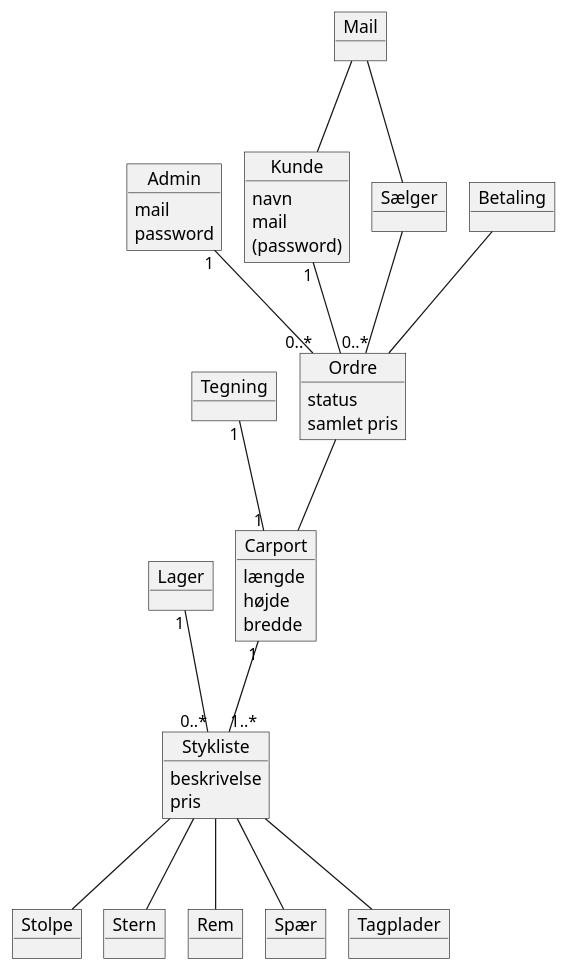
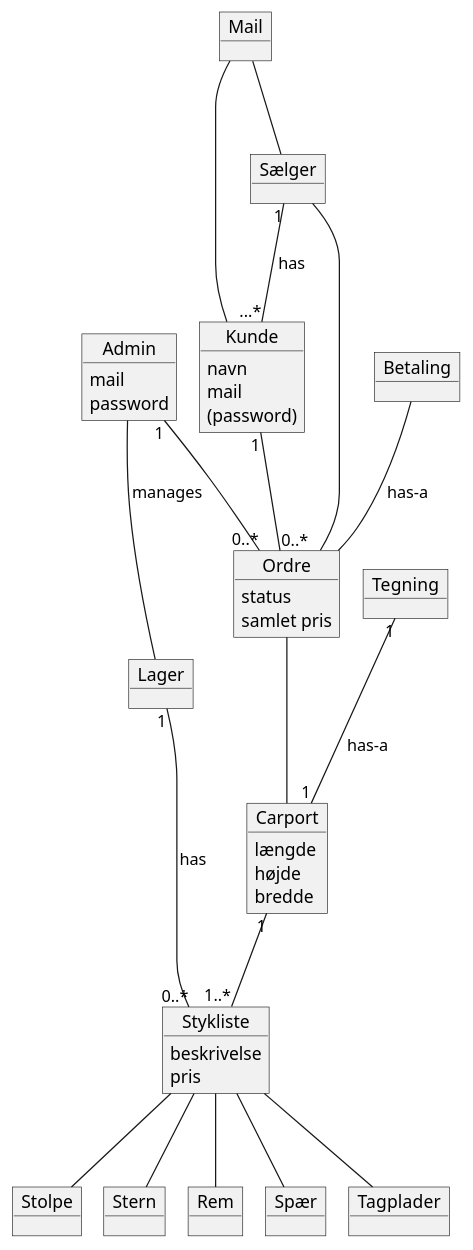
One commit to KristinaBengtsson/Carport-teamb changed the diagram in docs/domainmodel.puml. Above: the diagram before and after it, drawn with PlantUML.

Commit message:
domænemodelv1 update

```diff
--- a/docs/domainmodel.puml
+++ b/docs/domainmodel.puml
@@ -1,54 +1,56 @@
 @startuml
 !pragma layout smetana
 
 object Kunde
 Kunde : navn
 Kunde : mail
 Kunde : (password)
 
 object Admin
 Admin : mail
 Admin : password
 
 object Carport
 Carport : længde
 Carport : højde
 Carport : bredde
 
 object Lager
 object Tegning
 object Ordre
 Ordre : status
 Ordre : samlet pris
 
 object Stykliste
 Stykliste : beskrivelse
 Stykliste : pris
 
 object Mail
 object Sælger
 object Betaling
 
 object Stolpe
 object Stern
 object Rem
 object Spær
 object Tagplader
 
 Kunde "1" --- "0..*" Ordre
 Admin "1" --- "0..*" Ordre
 Ordre --- Carport
 Carport "1" --- "1..*" Stykliste
 Stykliste --- Stolpe
 Stykliste --- Stern
 Stykliste --- Rem
 Stykliste --- Spær
 Stykliste --- Tagplader
-Betaling --- Ordre
+Betaling --- Ordre :has-a
 Sælger ---  Ordre
-Lager "1" --- "0..*" Stykliste
-Tegning "1" --- "1" Carport
+Lager "1" --- "0..*" Stykliste :has
+Tegning "1" --- "1" Carport :has-a
 Mail --- Sælger
 Mail --- Kunde
+Admin --- Lager :manages
+Sælger "1" --- "...*" Kunde :has
 
 @enduml
```
